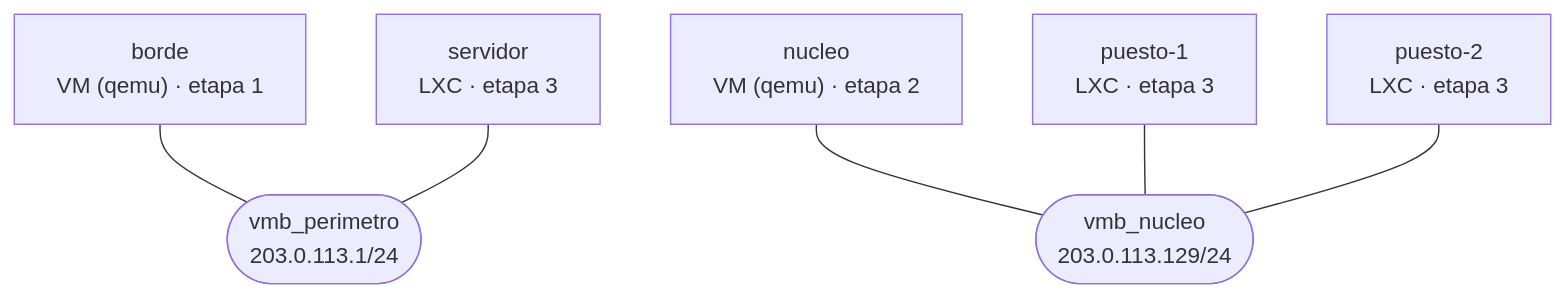
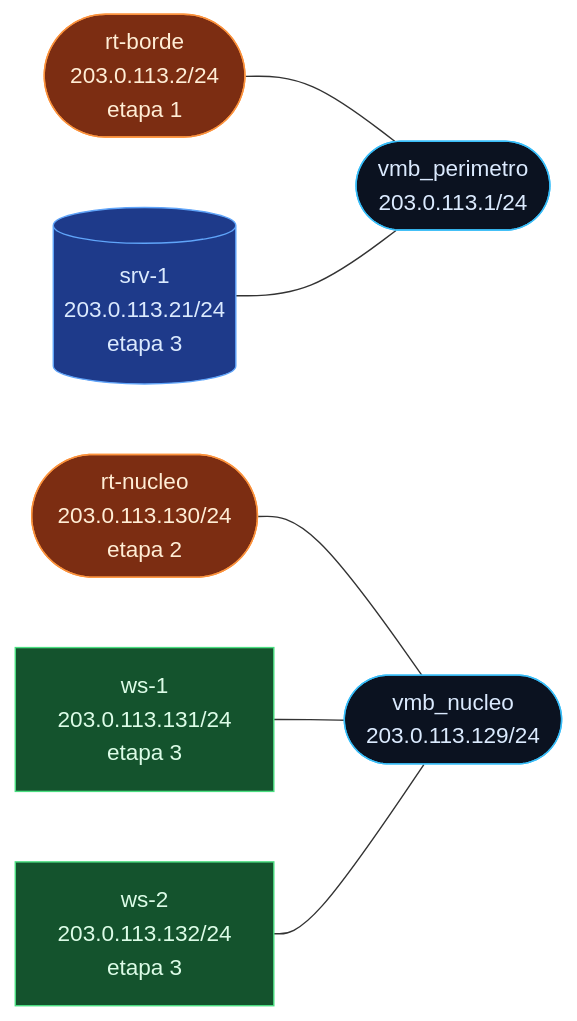
The diagram in labs/03_lab-dos-redes/03_lab-dos-redes.md (MagicJF/netlabs-iac), drawn with Mermaid before and after one commit. The commit also changed other lines of this file and 24 other files, not shown here.

````diff
--- a/labs/03_lab-dos-redes/03_lab-dos-redes.md
+++ b/labs/03_lab-dos-redes/03_lab-dos-redes.md
@@ -27,15 +27,23 @@
 ```mermaid
-graph TD
-    b_vmb_perimetro(["vmb_perimetro<br/>203.0.113.1/24"])
-    b_vmb_nucleo(["vmb_nucleo<br/>203.0.113.129/24"])
-    i_borde["borde<br/>VM (qemu) · etapa 1"]
+graph LR
+    classDef segmento fill:#0b1220,stroke:#38bdf8,color:#dbeafe;
+    classDef salida fill:#111827,stroke:#9ca3af,color:#e5e7eb,stroke-dasharray:4 3;
+    classDef rt fill:#7c2d12,stroke:#fb923c,color:#ffedd5;
+    classDef fw fill:#701a1a,stroke:#f87171,color:#fee2e2;
+    classDef sw fill:#134e4a,stroke:#2dd4bf,color:#ccfbf1;
+    classDef srv fill:#1e3a8a,stroke:#60a5fa,color:#dbeafe;
+    classDef ws fill:#14532d,stroke:#4ade80,color:#dcfce7;
+    classDef ctl fill:#4c1d95,stroke:#a78bfa,color:#ede9fe;
+    b_vmb_perimetro(["vmb_perimetro<br/>203.0.113.1/24"]):::segmento
+    b_vmb_nucleo(["vmb_nucleo<br/>203.0.113.129/24"]):::segmento
+    i_borde(["rt-borde<br/>203.0.113.2/24<br/>etapa 1"]):::rt
     i_borde --- b_vmb_perimetro
-    i_nucleo["nucleo<br/>VM (qemu) · etapa 2"]
+    i_nucleo(["rt-nucleo<br/>203.0.113.130/24<br/>etapa 2"]):::rt
     i_nucleo --- b_vmb_nucleo
-    i_puesto_1["puesto-1<br/>LXC · etapa 3"]
+    i_puesto_1["ws-1<br/>203.0.113.131/24<br/>etapa 3"]:::ws
     i_puesto_1 --- b_vmb_nucleo
-    i_puesto_2["puesto-2<br/>LXC · etapa 3"]
+    i_puesto_2["ws-2<br/>203.0.113.132/24<br/>etapa 3"]:::ws
     i_puesto_2 --- b_vmb_nucleo
-    i_servidor["servidor<br/>LXC · etapa 3"]
+    i_servidor[("srv-1<br/>203.0.113.21/24<br/>etapa 3")]:::srv
     i_servidor --- b_vmb_perimetro
 ```
````
